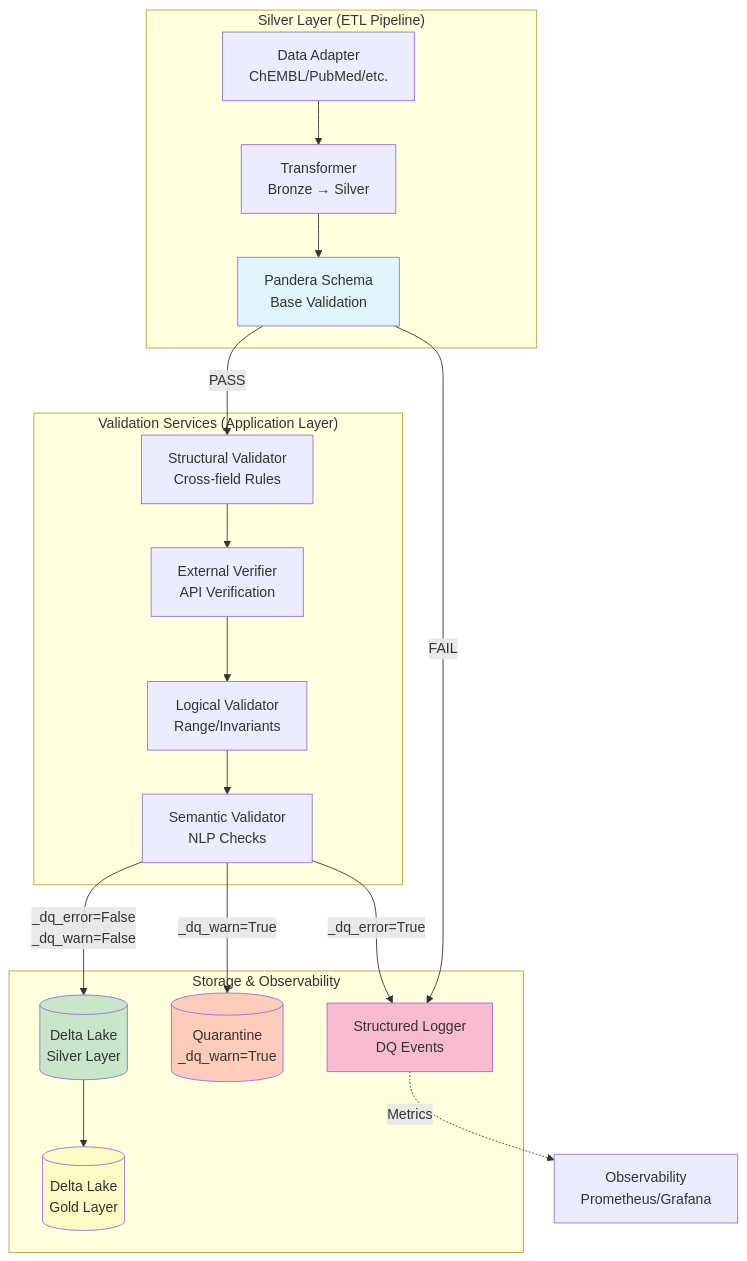
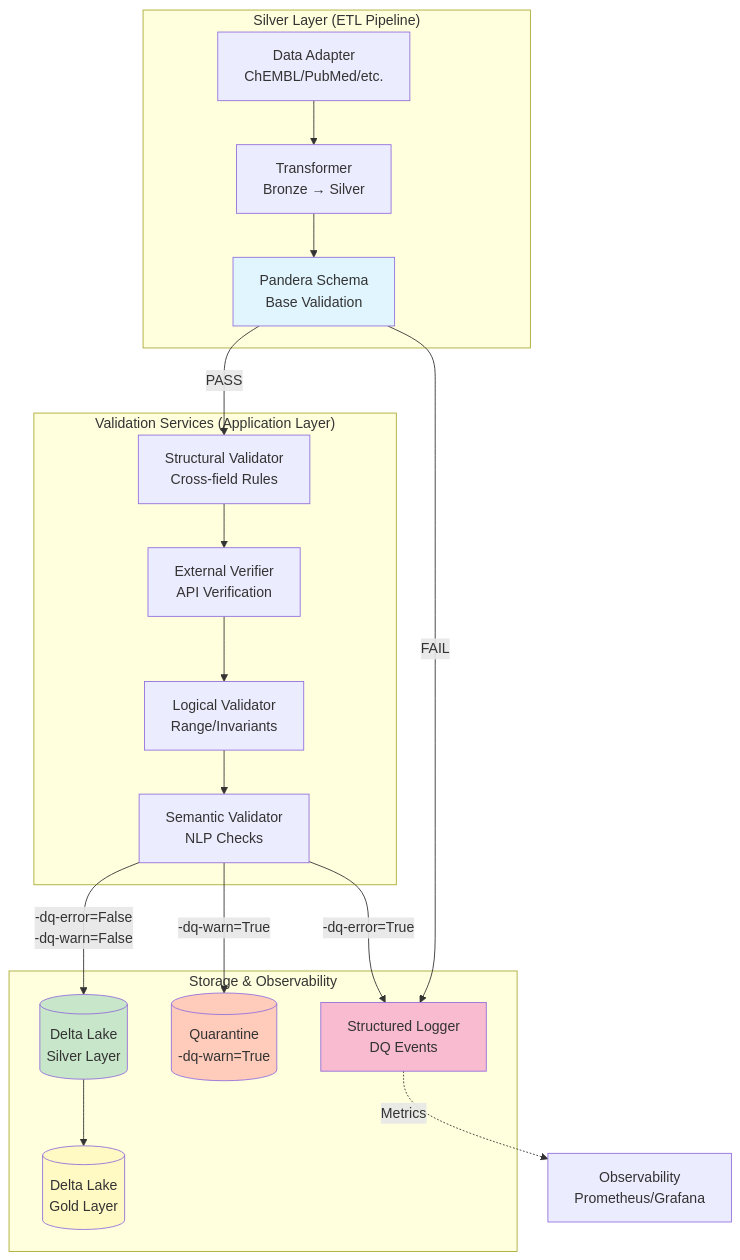
One commit to SatoryKono/BioactivityDataAcquisition changed the first of 4 diagrams in docs/03-guides/publication-validation-guide.md. Above: the diagram before and after it, drawn with Mermaid. The commit also changed other lines of this file and 311 other files, not shown here.

````diff
--- a/docs/03-guides/publication-validation-guide.md
+++ b/docs/03-guides/publication-validation-guide.md
@@ -46,45 +46,45 @@
 ```mermaid
 graph TB
     subgraph "Silver Layer (ETL Pipeline)"
         Adapter[Data Adapter<br/>ChEMBL/PubMed/etc.]
         Transformer[Transformer<br/>Bronze → Silver]
         Pandera[Pandera Schema<br/>Base Validation]
     end
 
     subgraph "Validation Services (Application Layer)"
         StructVal[Structural Validator<br/>Cross-field Rules]
         ExtVal[External Verifier<br/>API Verification]
         LogVal[Logical Validator<br/>Range/Invariants]
         SemVal[Semantic Validator<br/>NLP Checks]
     end
 
     subgraph "Storage & Observability"
         DeltaSilver[(Delta Lake<br/>Silver Layer)]
         DeltaGold[(Delta Lake<br/>Gold Layer)]
-        Quarantine[(Quarantine<br/>_dq_warn=True)]
+        Quarantine[(Quarantine<br/>-dq-warn=True)]
         Logger[Structured Logger<br/>DQ Events]
     end
 
     Adapter --> Transformer
     Transformer --> Pandera
     Pandera -->|PASS| StructVal
     Pandera -->|FAIL| Logger
 
     StructVal --> ExtVal
     ExtVal --> LogVal
     LogVal --> SemVal
 
-    SemVal -->|_dq_error=False<br/>_dq_warn=False| DeltaSilver
-    SemVal -->|_dq_warn=True| Quarantine
-    SemVal -->|_dq_error=True| Logger
+    SemVal -->|-dq-error=False<br/>-dq-warn=False| DeltaSilver
+    SemVal -->|-dq-warn=True| Quarantine
+    SemVal -->|-dq-error=True| Logger
 
     DeltaSilver --> DeltaGold
 
     Logger -.->|Metrics| Monitoring[Observability<br/>Prometheus/Grafana]
 
     style Pandera fill:#e1f5ff
     style DeltaSilver fill:#c8e6c9
     style DeltaGold fill:#fff9c4
     style Quarantine fill:#ffccbc
     style Logger fill:#f8bbd0
 ```
````
